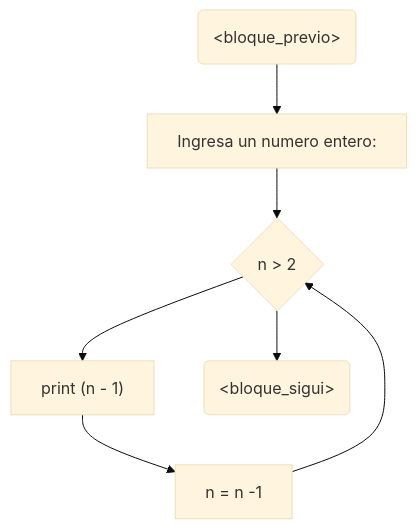
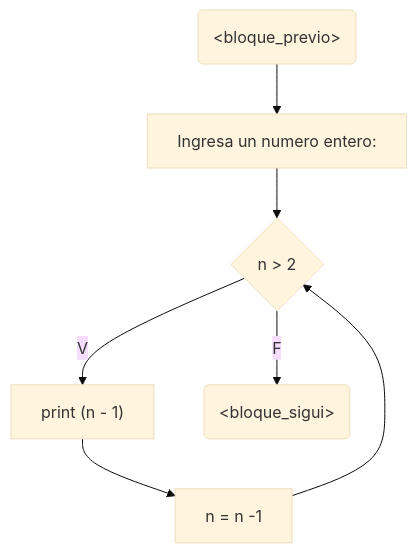
Before and after one commit to alejomg910/reto6_Nicolas_Alejandro_Monroy_Gomez: the third of 3 diagrams in README.md, drawn with Mermaid (base theme). The commit also changed other lines of this file, not shown here.

````diff
--- a/README.md
+++ b/README.md
@@ -66,13 +68,14 @@
 ```mermaid
 flowchart TD
     n1["&lt;bloque_previo&gt;"] --> n2["Ingresa un numero entero:"]
     n2 --> n3["n &gt; 2"]
-    n3 --> n4["print (n - 1)"] & n6["&lt;bloque_sigui&gt;"]
+    n3 -- V --> n4["print (n - 1)"]
+    n3 -- F --> n6["&lt;bloque_sigui&gt;"]
     n4 --> n5["n = n -1"]
     n5 --> n3
 
     n1@{ shape: rounded}
     n3@{ shape: diam}
     n6@{ shape: rounded}
 
 ```
````
